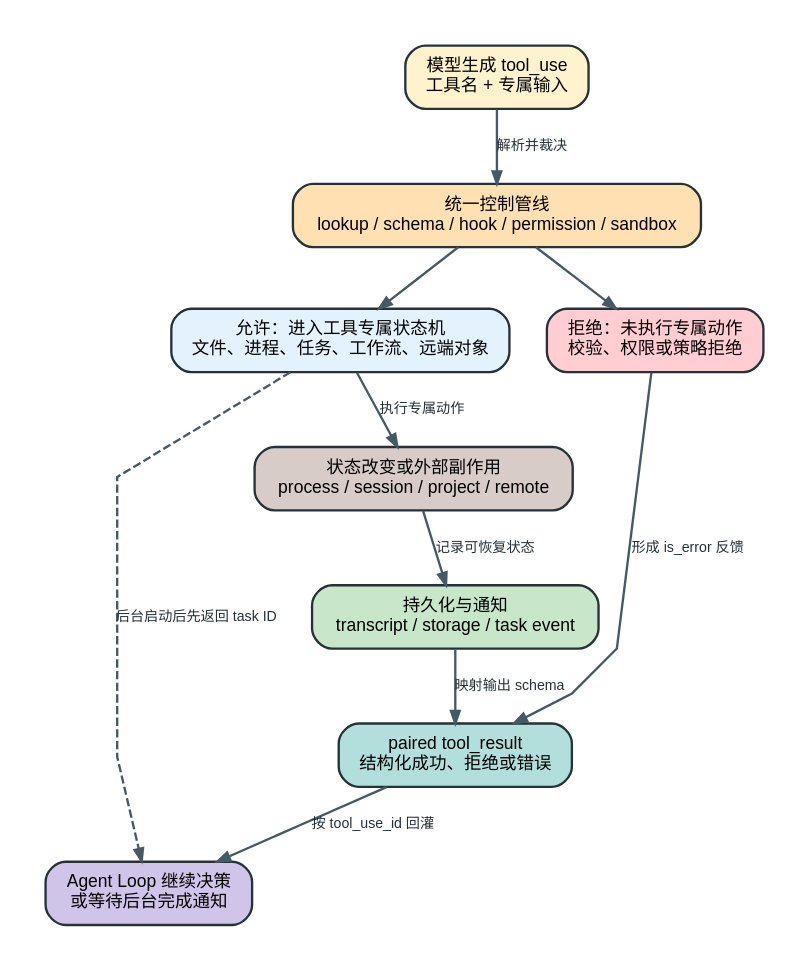
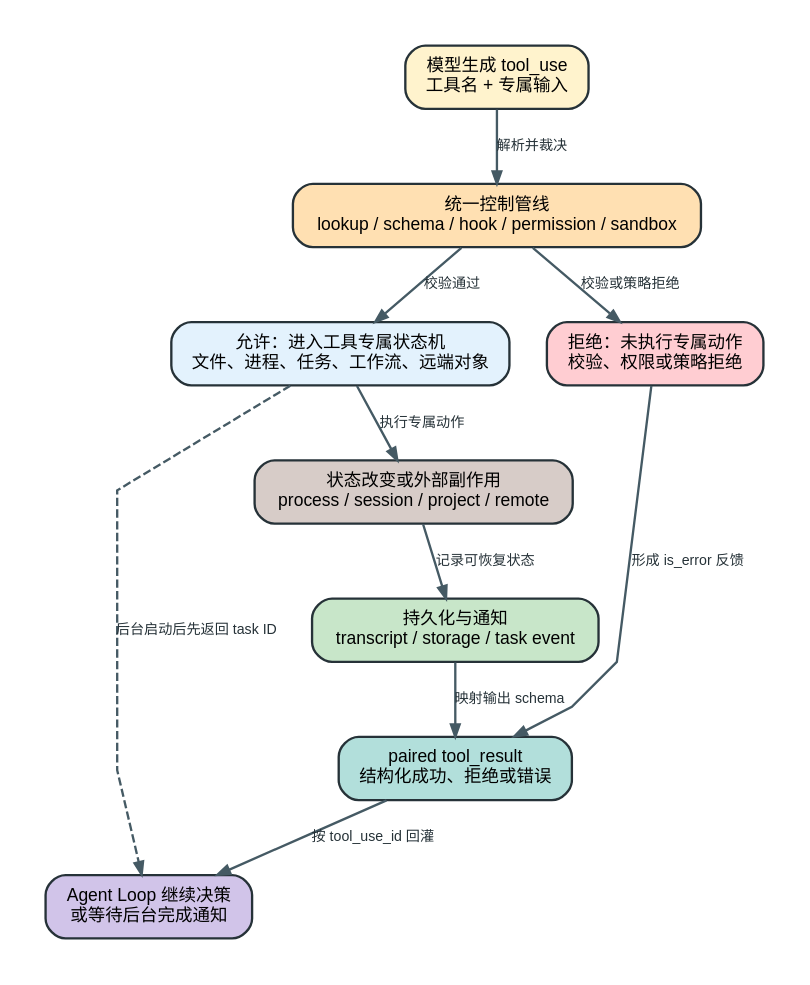
Before and after one commit to SwallOwDili/claudecodecli-sourcecode: the diagram in analysis/visuals/builtin-tool-lifecycle.dot, drawn with Graphviz. The commit also changed 67 other files, not shown here.

```diff
--- a/analysis/visuals/builtin-tool-lifecycle.dot
+++ b/analysis/visuals/builtin-tool-lifecycle.dot
@@ -1,25 +1,25 @@
 digraph builtin_tool_lifecycle {
   graph [rankdir=TB, bgcolor="#ffffff", pad="0.28", nodesep="0.30", ranksep="0.50", splines=polyline, fontname="Arial, PingFang SC, Microsoft YaHei"];
   node [shape=box, style="rounded,filled", color="#263238", penwidth=1.4, margin="0.16,0.10", fontname="Arial, PingFang SC, Microsoft YaHei", fontsize=10.5];
   edge [color="#455a64", penwidth=1.4, arrowsize=0.75, fontname="Arial, PingFang SC, Microsoft YaHei", fontsize=8.5, fontcolor="#263238"];
 
   request [label="模型生成 tool_use\n工具名 + 专属输入", fillcolor="#fff3cd"];
   common [label="统一控制管线\nlookup / schema / hook / permission / sandbox", fillcolor="#ffe0b2"];
   machine [label="允许：进入工具专属状态机\n文件、进程、任务、工作流、远端对象", fillcolor="#e3f2fd"];
   effect [label="状态改变或外部副作用\nprocess / session / project / remote", fillcolor="#d7ccc8"];
   persist [label="持久化与通知\ntranscript / storage / task event", fillcolor="#c8e6c9"];
   result [label="paired tool_result\n结构化成功、拒绝或错误", fillcolor="#b2dfdb"];
   loop [label="Agent Loop 继续决策\n或等待后台完成通知", fillcolor="#d1c4e9"];
   denied [label="拒绝：未执行专属动作\n校验、权限或策略拒绝", fillcolor="#ffcdd2"];
 
   request -> common [label="解析并裁决"];
   { rank=same; machine; denied; }
-  common -> machine;
-  common -> denied;
+  common -> machine [label="校验通过"];
+  common -> denied [label="校验或策略拒绝"];
   machine -> effect [label="执行专属动作"];
   effect -> persist [label="记录可恢复状态"];
   persist -> result [label="映射输出 schema"];
   result -> loop [label="按 tool_use_id 回灌"];
   denied -> result [label="形成 is_error 反馈"];
   machine -> loop [label="后台启动后先返回 task ID", style=dashed];
 }
```
